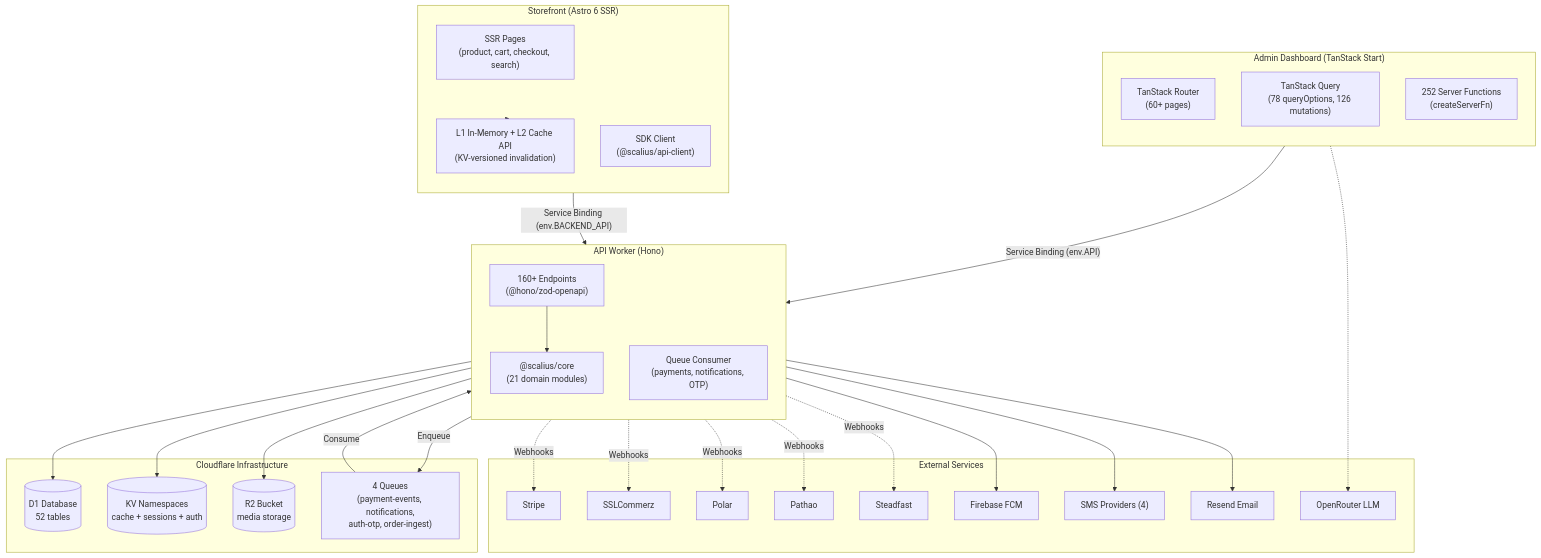
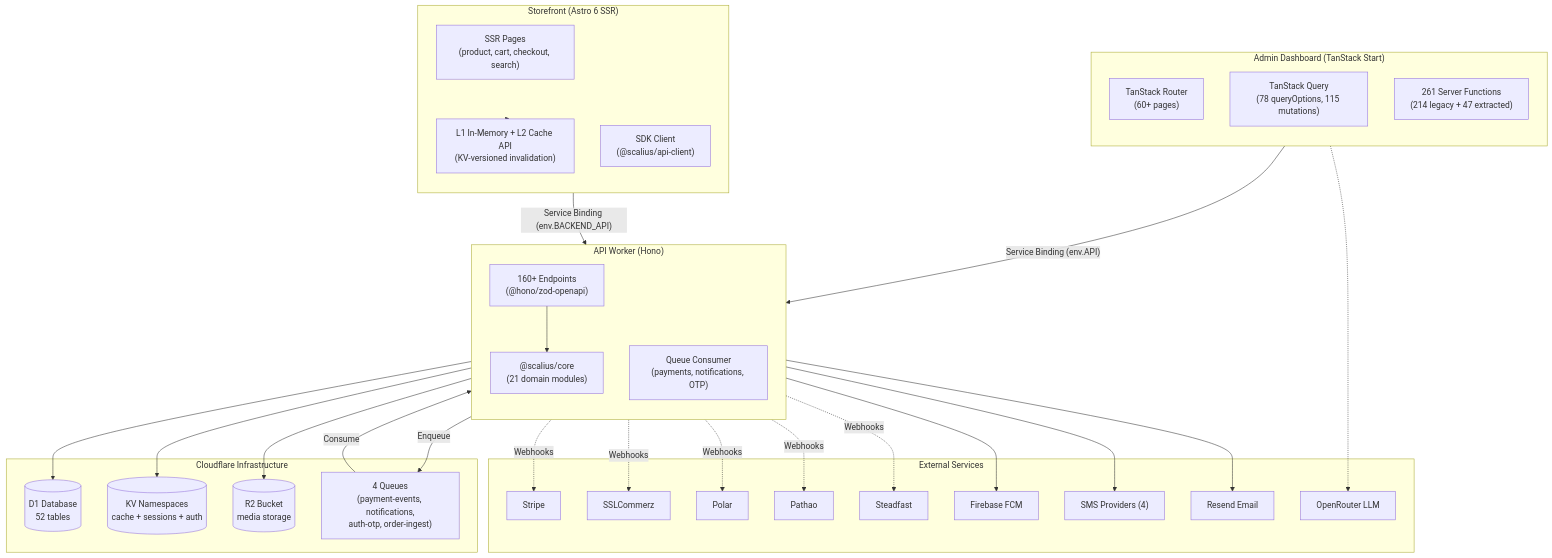
One commit to scaliuslabs/scalius-commerce-lite changed the first of 3 diagrams in README.MD. Above: the diagram before and after it, drawn with Mermaid. The commit also changed other lines of this file and 11 other files, not shown here.

````diff
--- a/README.MD
+++ b/README.MD
@@ -87,62 +87,62 @@
 ```mermaid
 flowchart TB
     subgraph AdminV2 ["Admin Dashboard (TanStack Start)"]
         direction TB
         TSRouter["TanStack Router<br/>(60+ pages)"]
-        TSQuery["TanStack Query<br/>(78 queryOptions, 126 mutations)"]
-        ServerFns["252 Server Functions<br/>(createServerFn)"]
+        TSQuery["TanStack Query<br/>(78 queryOptions, 115 mutations)"]
+        ServerFns["261 Server Functions<br/>(214 legacy + 47 extracted)"]
     end
 
     subgraph Storefront ["Storefront (Astro 6 SSR)"]
         direction TB
         AstroPages["SSR Pages<br/>(product, cart, checkout, search)"]
         EdgeCache["L1 In-Memory + L2 Cache API<br/>(KV-versioned invalidation)"]
         SDKClient["SDK Client<br/>(@scalius/api-client)"]
     end
 
     subgraph API ["API Worker (Hono)"]
         direction TB
         HonoApp["160+ Endpoints<br/>(@hono/zod-openapi)"]
         QueueConsumer["Queue Consumer<br/>(payments, notifications, OTP)"]
         CoreModules["@scalius/core<br/>(21 domain modules)"]
     end
 
     subgraph Infra ["Cloudflare Infrastructure"]
         D1[(D1 Database<br/>52 tables)]
         KV[(KV Namespaces<br/>cache + sessions + auth)]
         R2[(R2 Bucket<br/>media storage)]
         Queues["4 Queues<br/>(payment-events, notifications,<br/>auth-otp, order-ingest)"]
     end
 
     subgraph External ["External Services"]
         Stripe["Stripe"]
         SSLCommerz["SSLCommerz"]
         Polar["Polar"]
         Pathao["Pathao"]
         Steadfast["Steadfast"]
         Firebase["Firebase FCM"]
         SMS["SMS Providers (4)"]
         Resend["Resend Email"]
         OpenRouter["OpenRouter LLM"]
     end
 
     AdminV2 -->|"Service Binding (env.API)"| API
     Storefront -->|"Service Binding (env.BACKEND_API)"| API
     API --> D1
     API --> KV
     API --> R2
     API -->|Enqueue| Queues
     Queues -->|Consume| QueueConsumer
     QueueConsumer --> Firebase
     QueueConsumer --> SMS
     QueueConsumer --> Resend
     HonoApp --> CoreModules
     Storefront --> EdgeCache
 
     API -.->|Webhooks| Stripe
     API -.->|Webhooks| SSLCommerz
     API -.->|Webhooks| Polar
     API -.->|Webhooks| Pathao
     API -.->|Webhooks| Steadfast
     AdminV2 -.-> OpenRouter
 ```
````
